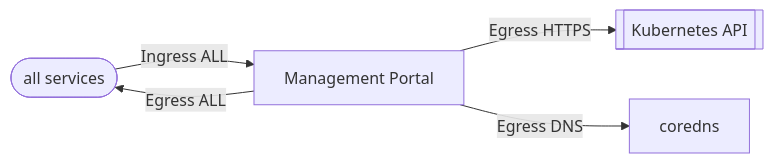
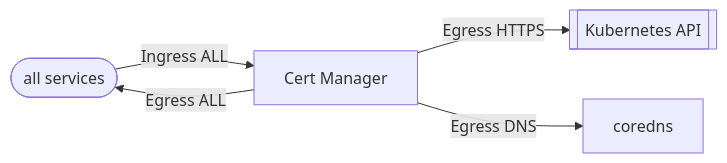
One commit to lsc-sde/iac-flux-certmanager changed the diagram in docs/flux.md. Above: the diagram before and after it, drawn with Mermaid.

Commit message:
fix to chart

````diff
--- a/docs/flux.md
+++ b/docs/flux.md
@@ -14,7 +14,7 @@
 ```mermaid
 flowchart LR
-    all([all services]) -->|Ingress ALL| portal[Management Portal] 
-    portal -->|Egress ALL|all
-    portal -->|Egress HTTPS| kubernetes[[Kubernetes API]]
-    portal -->|Egress DNS| coredns
+    all([all services]) -->|Ingress ALL| svc[Cert Manager] 
+    svc -->|Egress ALL|all
+    svc -->|Egress HTTPS| kubernetes[[Kubernetes API]]
+    svc -->|Egress DNS| coredns
 ```
````
